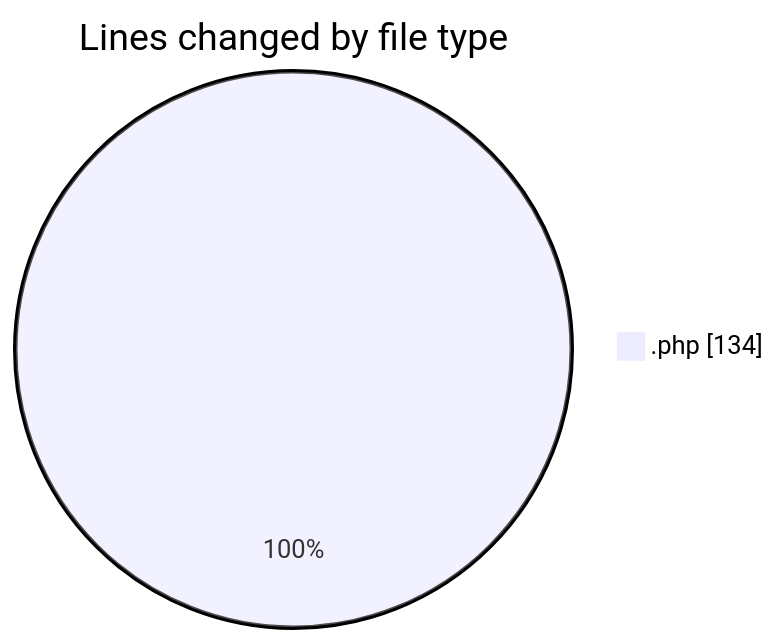
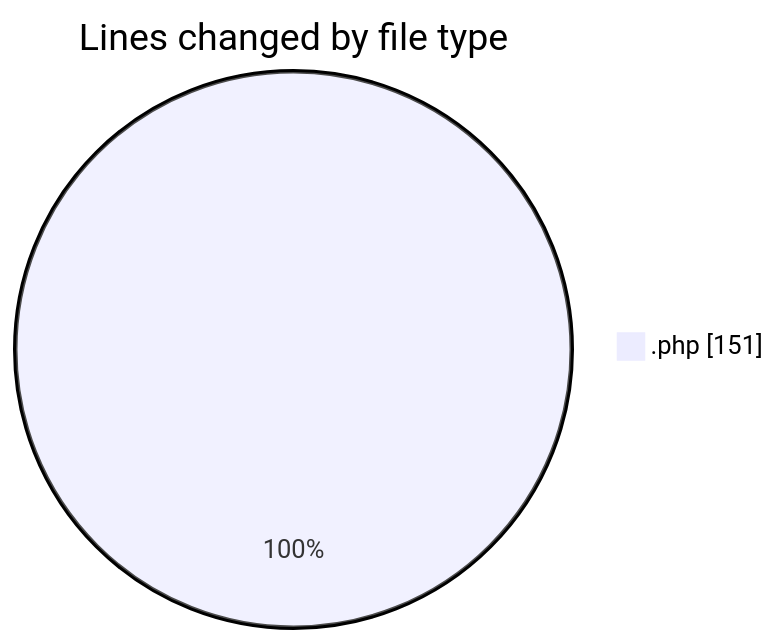
Before and after one commit to Ritupan-Deka/code-tracking: the first of 2 diagrams in 2025-10-08/url-shortener/README.md, drawn with Mermaid. The commit also changed other lines of this file and 1 other file, not shown here.

````diff
--- a/2025-10-08/url-shortener/README.md
+++ b/2025-10-08/url-shortener/README.md
@@ -22,5 +22,5 @@
 ```mermaid
 pie showData
 title Lines changed by file type
-".php" : 134
+".php" : 151
 ```
````
